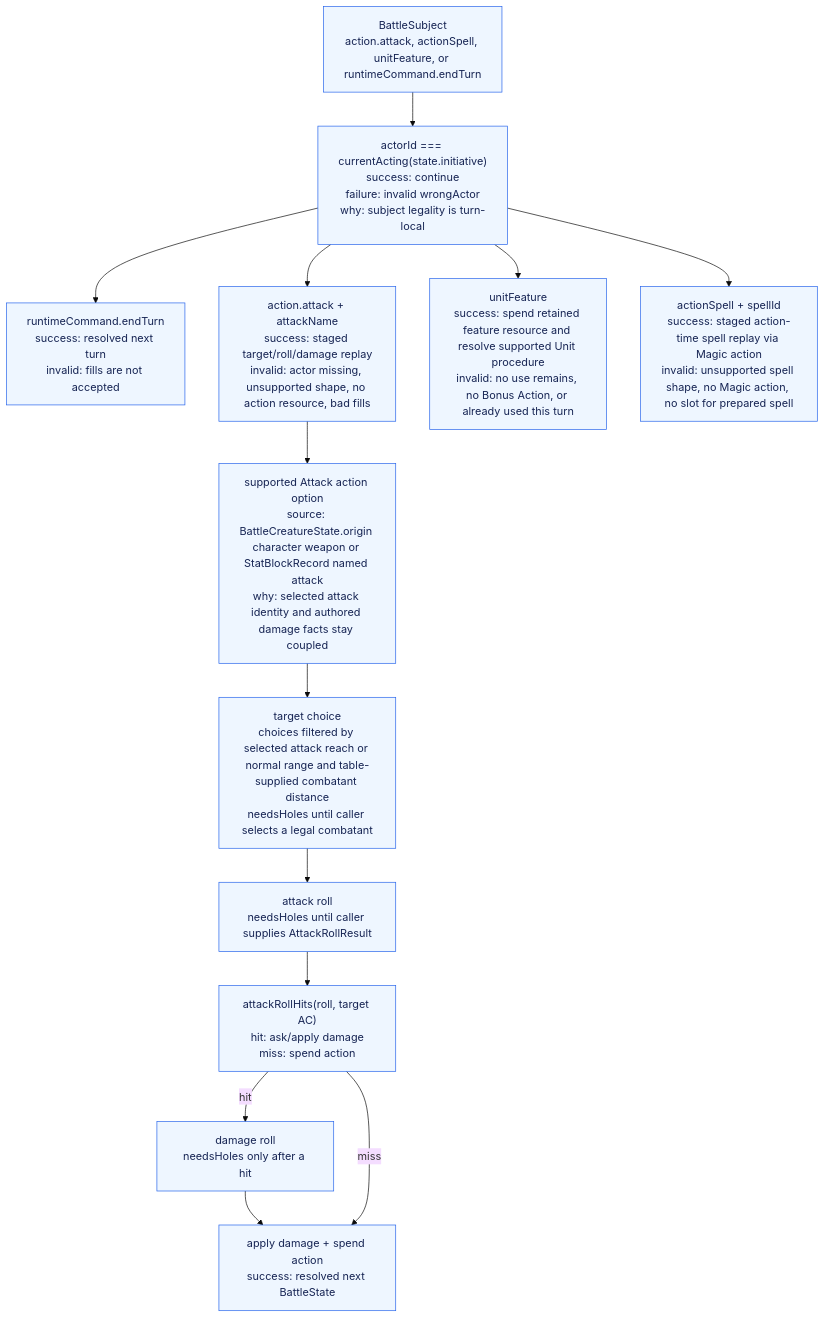
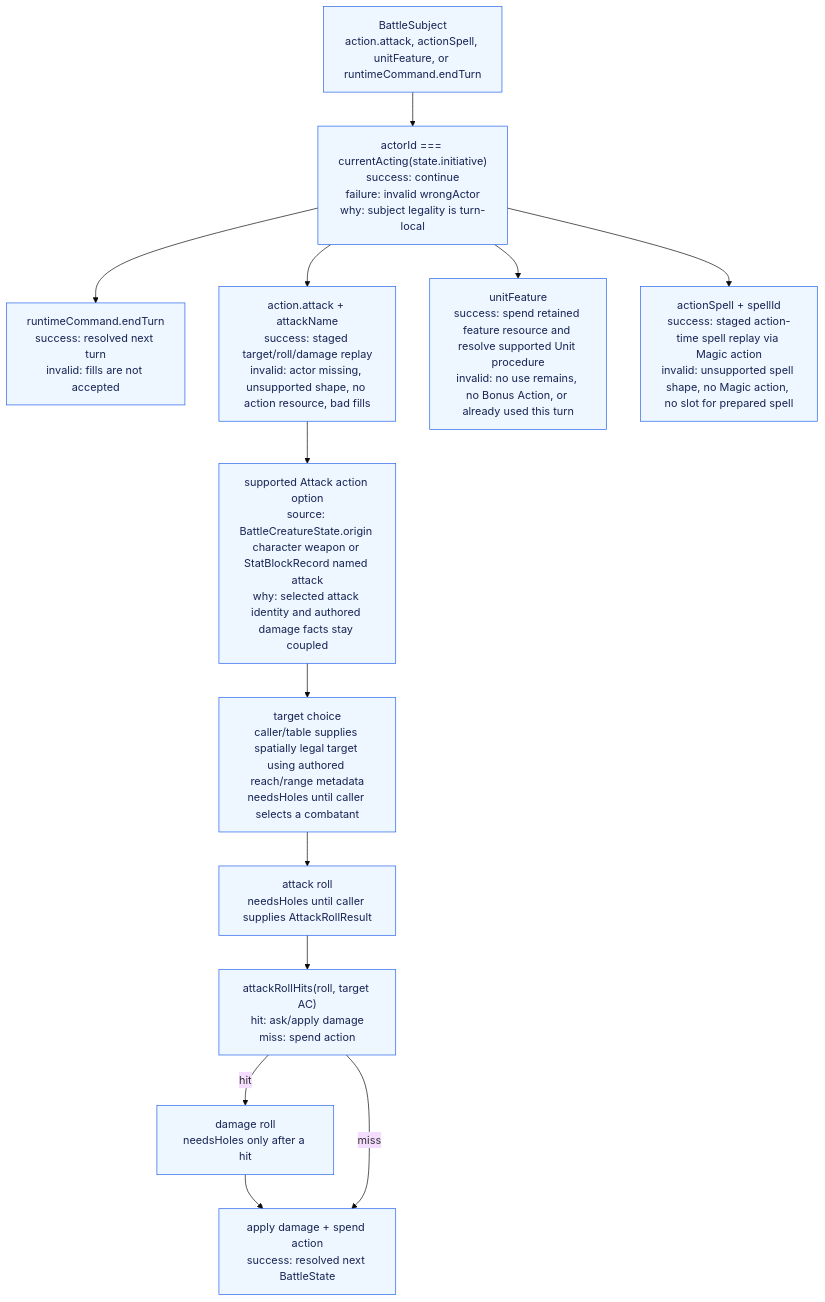
The second of 2 diagrams in packages/battle-runtime/ARCHITECTURE_GRAPH.md (dearlordylord/5e-quint), drawn with Mermaid (base theme) before and after one commit. The commit also changed other lines of this file and 18 other files, not shown here.

````diff
--- a/packages/battle-runtime/ARCHITECTURE_GRAPH.md
+++ b/packages/battle-runtime/ARCHITECTURE_GRAPH.md
@@ -100,26 +100,26 @@
 ```mermaid
 flowchart TD
   Subject["BattleSubject<br/>action.attack, actionSpell, unitFeature, or runtimeCommand.endTurn"]
   CurrentActor["actorId === currentActing(state.initiative)<br/>success: continue<br/>failure: invalid wrongActor<br/>why: subject legality is turn-local"]
   EndTurn["runtimeCommand.endTurn<br/>success: resolved next turn<br/>invalid: fills are not accepted"]
   Attack["action.attack + attackName<br/>success: staged target/roll/damage replay<br/>invalid: actor missing, unsupported shape, no action resource, bad fills"]
   UnitFeature["unitFeature<br/>success: spend retained feature resource and resolve supported Unit procedure<br/>invalid: no use remains, no Bonus Action, or already used this turn"]
   Magic["actionSpell + spellId<br/>success: staged action-time spell replay via Magic action<br/>invalid: unsupported spell shape, no Magic action, no slot for prepared spell"]
   AttackOption["supported Attack action option<br/>source: BattleCreatureState.origin character weapon or StatBlockRecord named attack<br/>why: selected attack identity and authored damage facts stay coupled"]
-  Target["target choice<br/>choices filtered by selected attack reach or normal range and table-supplied combatant distance<br/>needsHoles until caller selects a legal combatant"]
+  Target["target choice<br/>caller/table supplies spatially legal target using authored reach/range metadata<br/>needsHoles until caller selects a combatant"]
   Roll["attack roll<br/>needsHoles until caller supplies AttackRollResult"]
   HitCheck["attackRollHits(roll, target AC)<br/>hit: ask/apply damage<br/>miss: spend action"]
   DamageHole["damage roll<br/>needsHoles only after a hit"]
   Apply["apply damage + spend action<br/>success: resolved next BattleState"]
 
   Subject --> CurrentActor
   CurrentActor --> EndTurn
   CurrentActor --> Attack --> AttackOption --> Target --> Roll --> HitCheck
   CurrentActor --> UnitFeature
   CurrentActor --> Magic
   HitCheck -->|hit| DamageHole --> Apply
   HitCheck -->|miss| Apply
 
   classDef implemented fill:#eef6ff,stroke:#2563eb,color:#172554;
   class Subject,CurrentActor,EndTurn,Attack,UnitFeature,Magic,AttackOption,Target,Roll,HitCheck,DamageHole,Apply implemented;
 ```
````
